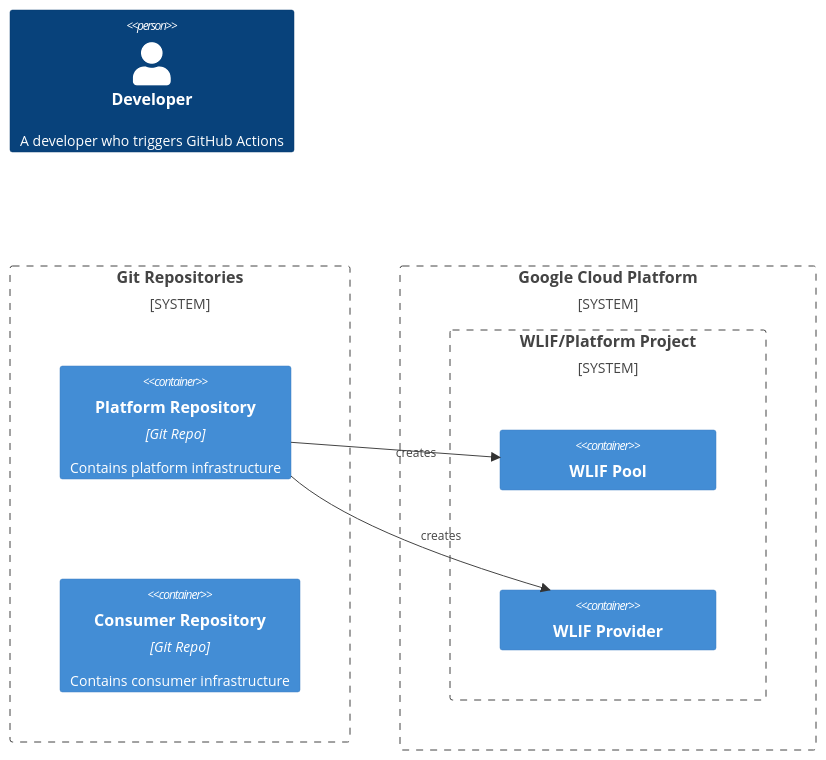
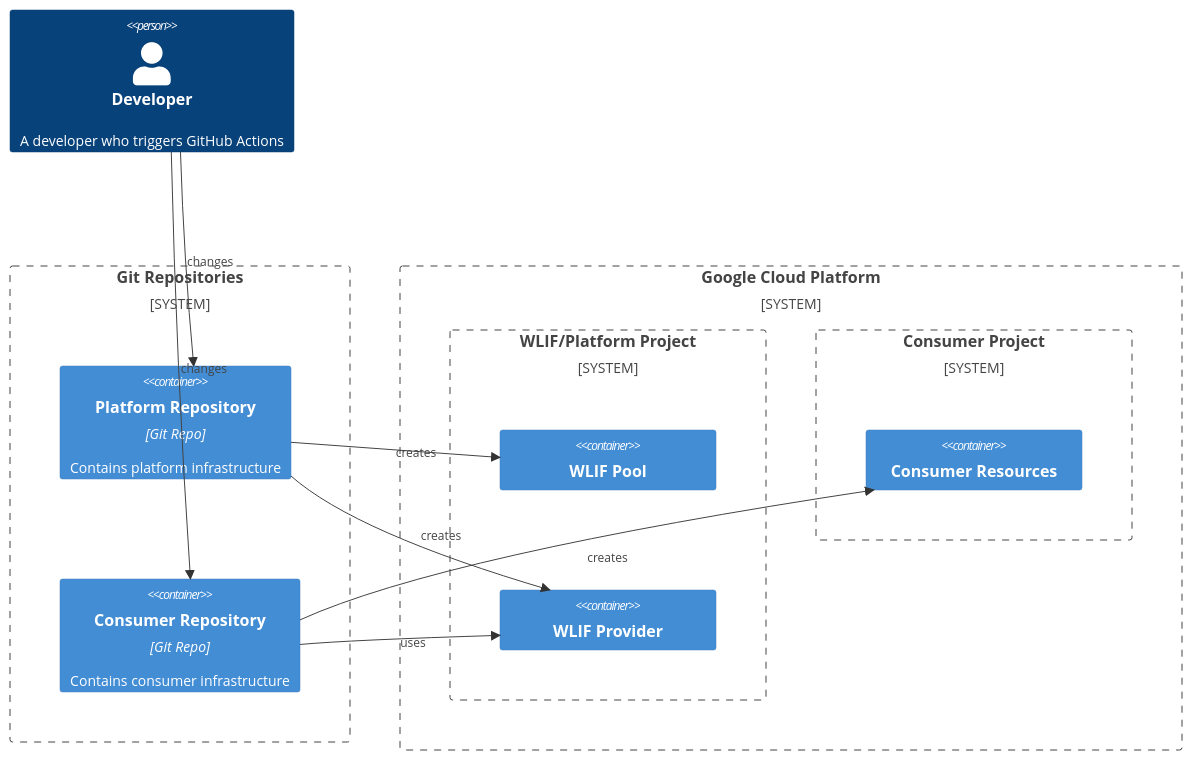
The diagram in docs/guides/gcp-gha-wlif.md (dknathalage/dknathalage.github.io), drawn with Mermaid before and after one commit.

Commit message:
feat: enhance WLIF documentation with additional consumer project details

````diff
--- a/docs/guides/gcp-gha-wlif.md
+++ b/docs/guides/gcp-gha-wlif.md
@@ -5,20 +5,27 @@
 ``` mermaid
 C4Container
   Person(user, "Developer", "A developer who triggers GitHub Actions")
 
   System_Boundary(gitRepos, "Git Repositories") {
     Container(platRepo, "Platform Repository", "Git Repo", "Contains platform infrastructure")
     Container(consumerRepo, "Consumer Repository", "Git Repo", "Contains consumer infrastructure")
   }
 
   System_Boundary(gcp, "Google Cloud Platform") {
     System_Boundary(wlifProj, "WLIF/Platform Project") {
       Container(wlifPool, "WLIF Pool")
       Container(wlifProvider, "WLIF Provider")
     }
+    System_Boundary(consumerProj, "Consumer Project") {
+      Container(consumerRes, "Consumer Resources")
+    }
   }
 
   Rel(platRepo, wlifPool, "creates")
   Rel(platRepo, wlifProvider, "creates")
+  Rel(consumerRepo, wlifProvider, "uses")
+  Rel(consumerRepo, consumerRes, "creates")
+  Rel(user, platRepo, "changes")
+  Rel(user, consumerRepo, "changes")
   
 ```
````
